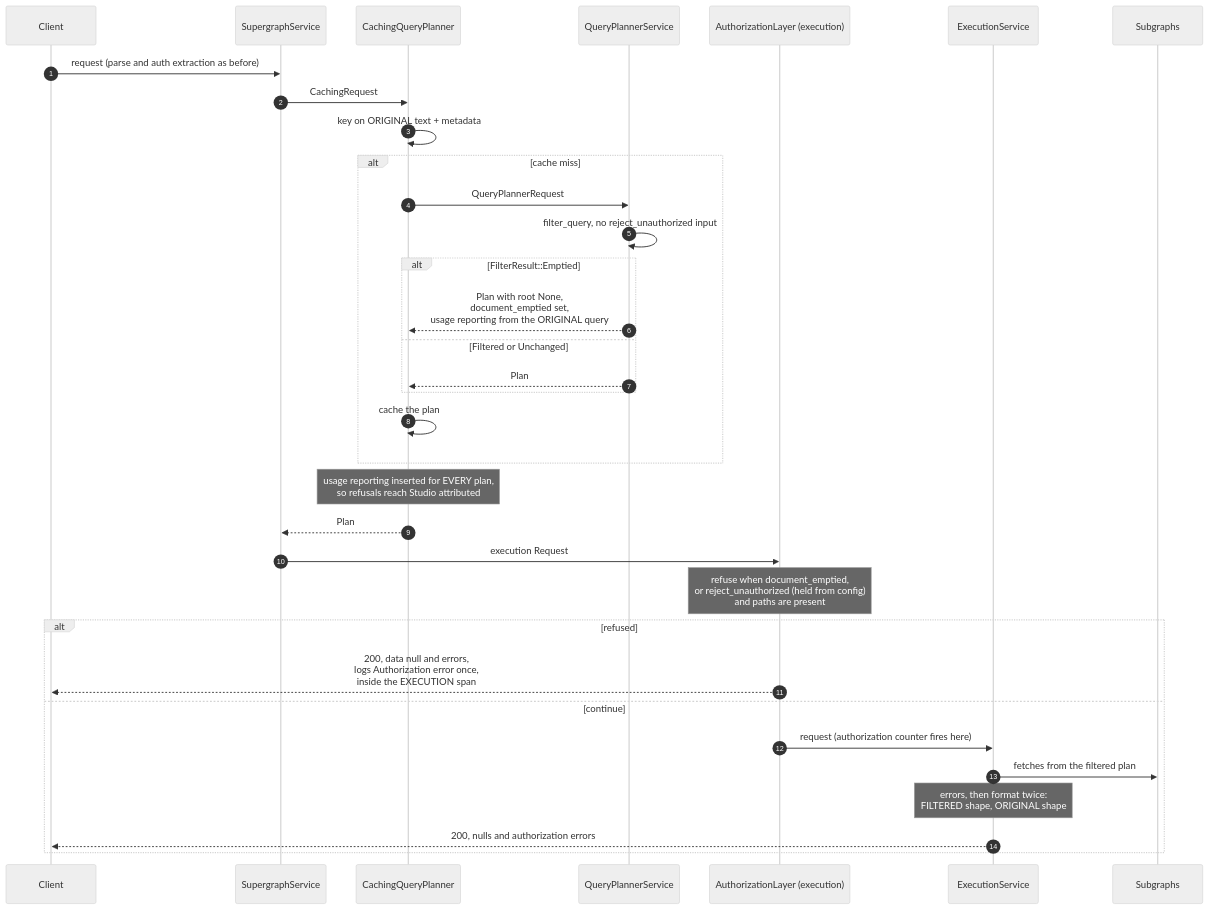
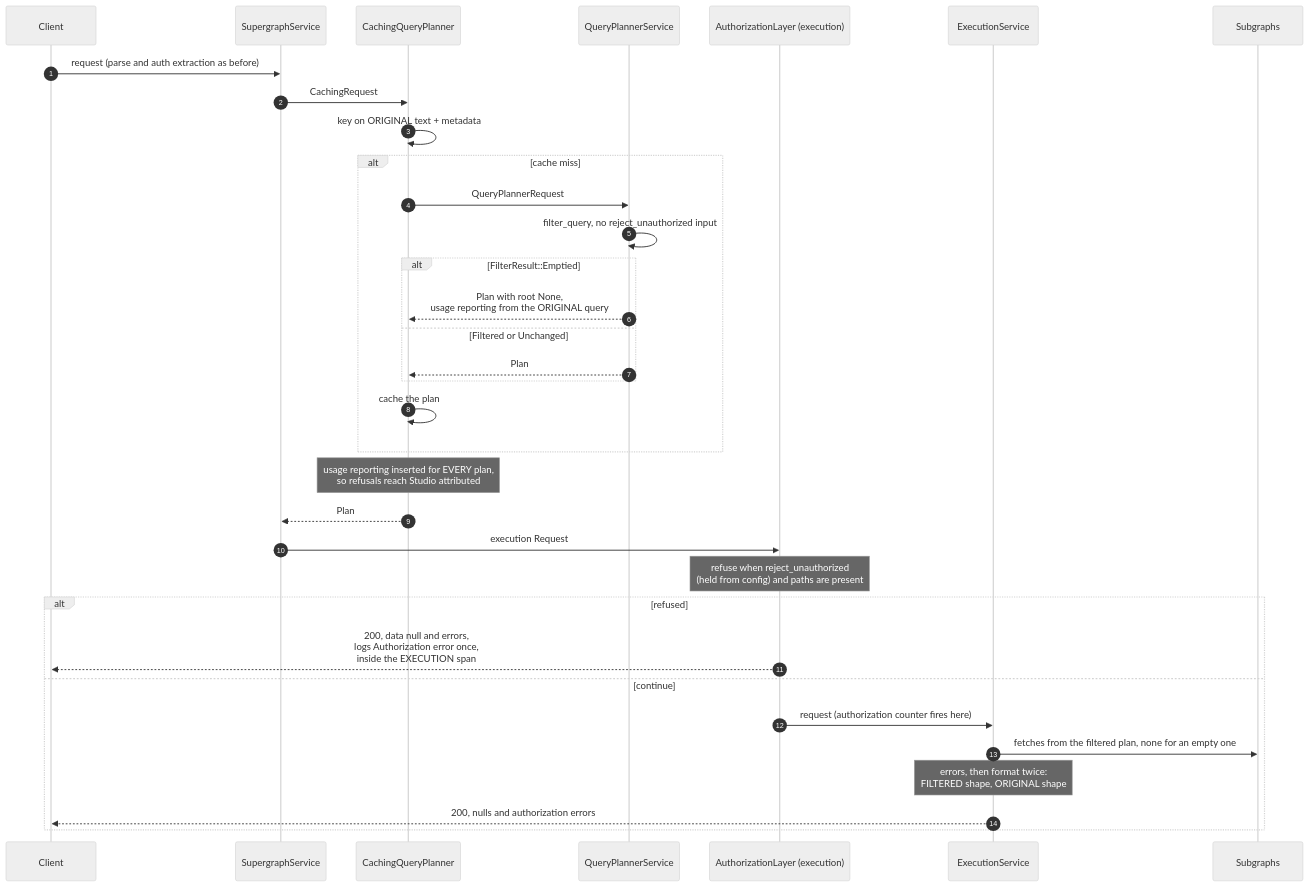
One commit to apollographql/router changed the second of 2 diagrams in dev-docs/authorization-query-planning.md. Above: the diagram before and after it, drawn with Mermaid (neutral theme). The commit also changed other lines of this file, not shown here.

Commit message:
docs: emptied operations run the normal pipeline, marker considered and rejected

````diff
--- a/dev-docs/authorization-query-planning.md
+++ b/dev-docs/authorization-query-planning.md
@@ -58,39 +58,39 @@
 ```mermaid
 sequenceDiagram
     autonumber
     participant C as Client
     participant SG as SupergraphService
     participant CQP as CachingQueryPlanner
     participant QPS as QueryPlannerService
     participant AL as AuthorizationLayer (execution)
     participant ES as ExecutionService
     participant SUB as Subgraphs
 
     C->>SG: request (parse and auth extraction as before)
     SG->>CQP: CachingRequest
     CQP->>CQP: key on ORIGINAL text + metadata
 
     alt cache miss
         CQP->>QPS: QueryPlannerRequest
         QPS->>QPS: filter_query, no reject_unauthorized input
         alt FilterResult::Emptied
-            QPS-->>CQP: Plan with root None,<br/>document_emptied set,<br/>usage reporting from the ORIGINAL query
+            QPS-->>CQP: Plan with root None,<br/>usage reporting from the ORIGINAL query
         else Filtered or Unchanged
             QPS-->>CQP: Plan
         end
         CQP->>CQP: cache the plan
     end
     Note over CQP: usage reporting inserted for EVERY plan,<br/>so refusals reach Studio attributed
 
     CQP-->>SG: Plan
     SG->>AL: execution Request
-    Note over AL: refuse when document_emptied,<br/>or reject_unauthorized (held from config)<br/>and paths are present
+    Note over AL: refuse when reject_unauthorized<br/>(held from config) and paths are present
     alt refused
         AL-->>C: 200, data null and errors,<br/>logs Authorization error once,<br/>inside the EXECUTION span
     else continue
         AL->>ES: request (authorization counter fires here)
-        ES->>SUB: fetches from the filtered plan
+        ES->>SUB: fetches from the filtered plan, none for an empty one
         Note over ES: errors, then format twice:<br/>FILTERED shape, ORIGINAL shape
         ES-->>C: 200, nulls and authorization errors
     end
 ```
````
